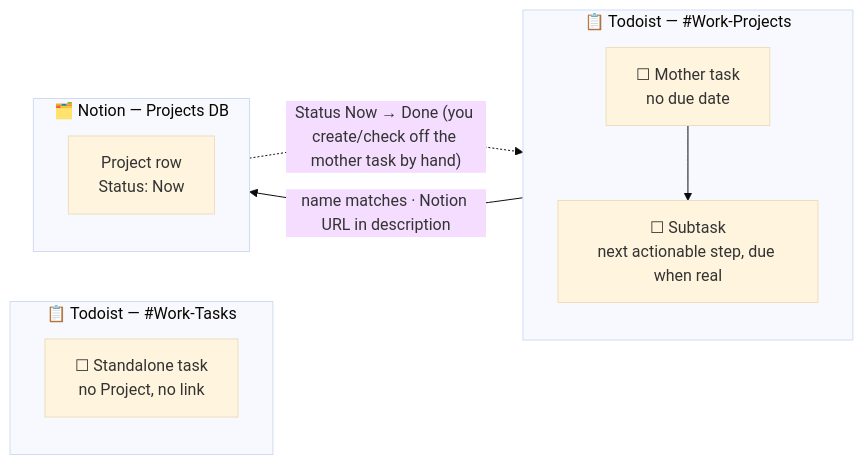
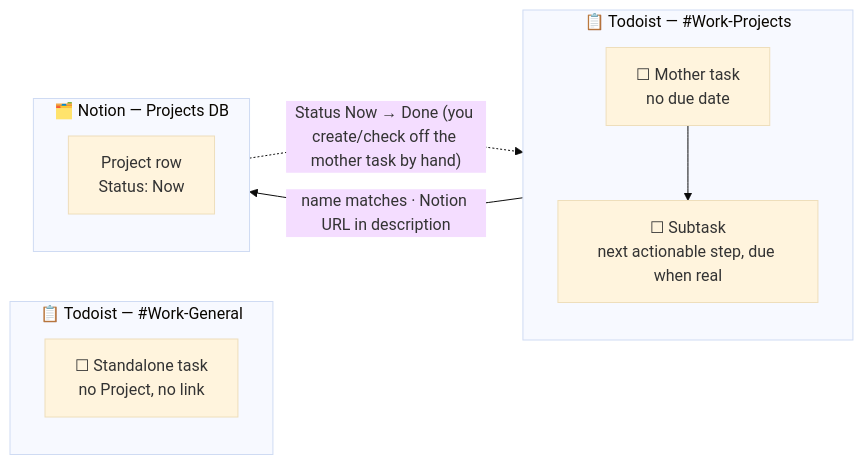
One commit to dcop7/tips_and_guides changed the third of 11 diagrams in workflow/personal_productivity_system.md. Above: the diagram before and after it, drawn with Mermaid (base theme). The commit also changed other lines of this file, not shown here.

````diff
--- a/workflow/personal_productivity_system.md
+++ b/workflow/personal_productivity_system.md
@@ -146,18 +154,18 @@
 ```mermaid
 flowchart LR
-    subgraph WorkTasks["📋 Todoist — #Work-Tasks"]
+    subgraph WorkGeneral["📋 Todoist — #Work-General"]
         Standalone["☐ Standalone task<br/>no Project, no link"]
     end
     subgraph WorkProjects["📋 Todoist — #Work-Projects"]
         direction TB
         Mother["☐ Mother task<br/>no due date"]
         Sub["☐ Subtask<br/>next actionable step, due when real"]
         Mother --> Sub
     end
     subgraph NotionDB["🗂️ Notion — Projects DB"]
         direction TB
         Row["Project row<br/>Status: Now"]
     end
     Mother -->|"name matches · Notion URL in description"| Row
     Row -.->|"Status Now → Done (you create/check off the mother task by hand)"| Mother
 ```
````
